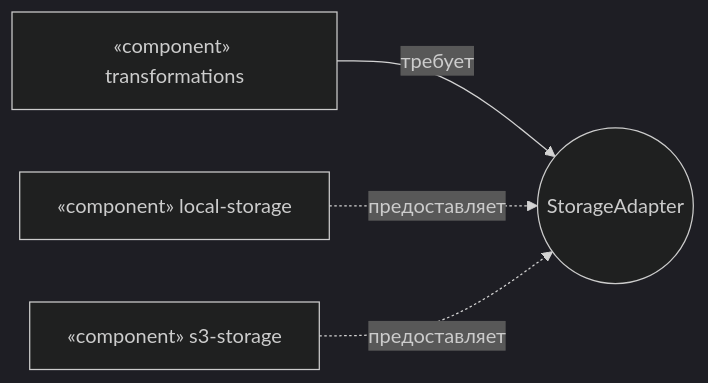
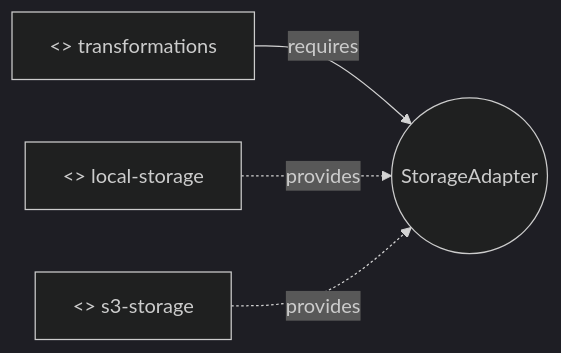
Before and after one commit to pavel-skripko-innowise/inno-fe-be-a1: the seventh of 8 diagrams in courses-content/backend/A/1/en/0.2 UML-диаграммы.md, drawn with Mermaid (dark theme). The commit also changed other lines of this file and 35 other files, not shown here.

````diff
--- a/courses-content/backend/A/1/en/0.2 UML-диаграммы.md
+++ b/courses-content/backend/A/1/en/0.2 UML-диаграммы.md
@@ -241,6 +241,6 @@
 ```mermaid
 flowchart LR
-  Transform["«component» transformations"] -->|требует| Port(("StorageAdapter"))
-  Local["«component» local-storage"] -.->|предоставляет| Port
-  S3["«component» s3-storage"] -.->|предоставляет| Port
+  Transform["<<component>> transformations"] -->|requires| Port(("StorageAdapter"))
+  Local["<<component>> local-storage"] -.->|provides| Port
+  S3["<<component>> s3-storage"] -.->|provides| Port
 ```
````
